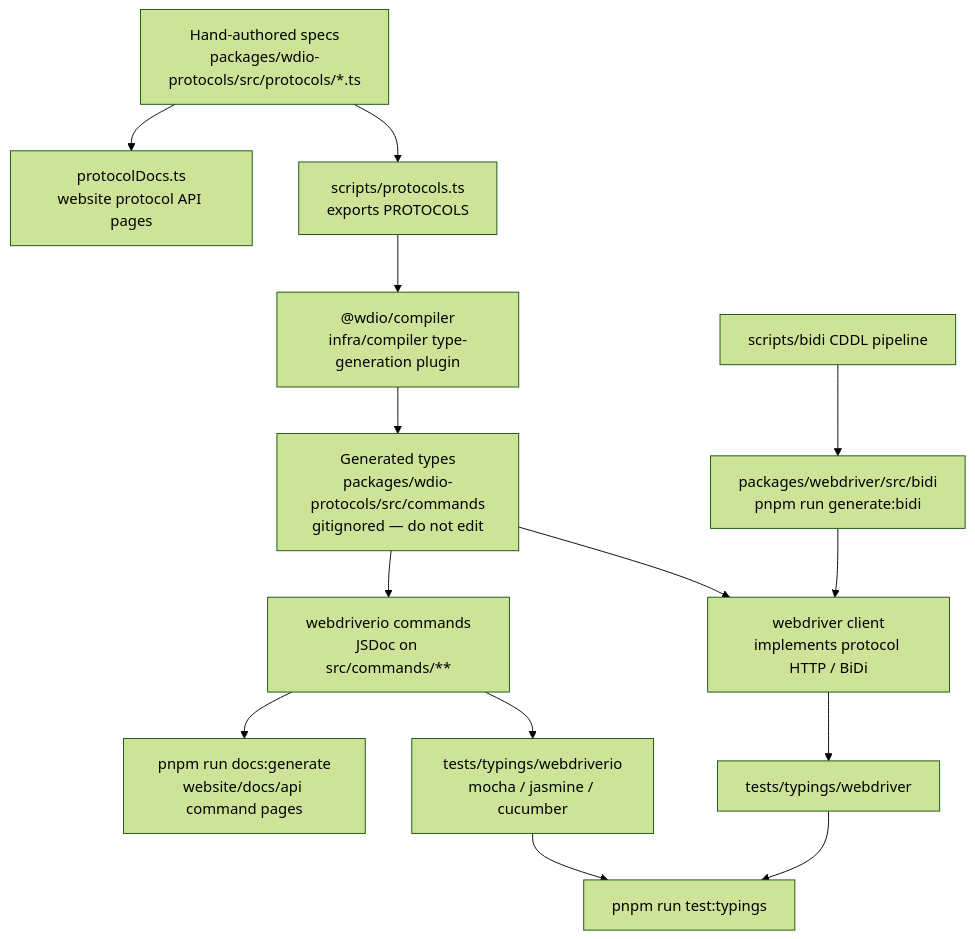
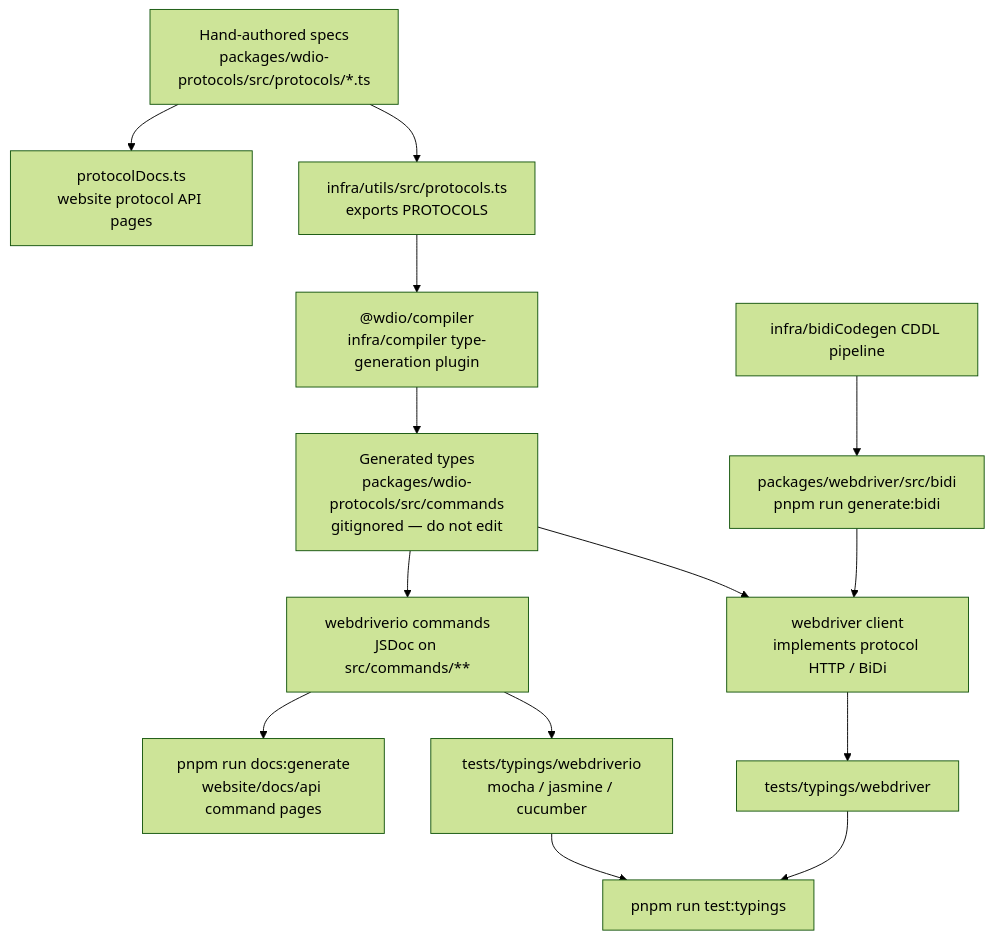
One commit to webdriverio/webdriverio changed the diagram in website/docs/flowcharts/TypeGeneration.md. Above: the diagram before and after it, drawn with Mermaid (forest theme). The commit also changed other lines of this file and 140 other files, not shown here.

First line of the commit message:
refactor: extract /scripts into internal infra packages (#15743)

````diff
--- a/website/docs/flowcharts/TypeGeneration.md
+++ b/website/docs/flowcharts/TypeGeneration.md
@@ -10,16 +10,16 @@
 ```mermaid
 graph TD
-    SPEC["Hand-authored specs<br>packages/wdio-protocols/src/protocols/*.ts"] --> AGG["scripts/protocols.ts<br>exports PROTOCOLS"]
+    SPEC["Hand-authored specs<br>packages/wdio-protocols/src/protocols/*.ts"] --> AGG["infra/utils/src/protocols.ts<br>exports PROTOCOLS"]
     AGG --> COMP["@wdio/compiler<br>infra/compiler type-generation plugin"]
     COMP --> GEN["Generated types<br>packages/wdio-protocols/src/commands<br>gitignored — do not edit"]
     GEN --> WD["webdriver client<br>implements protocol HTTP / BiDi"]
     GEN --> WDIO["webdriverio commands<br>JSDoc on src/commands/**"]
     WD --> TYPWD["tests/typings/webdriver"]
     WDIO --> TYPWDIO["tests/typings/webdriverio<br>mocha / jasmine / cucumber"]
     TYPWD --> TSC["pnpm run test:typings"]
     TYPWDIO --> TSC
     WDIO --> DOCS["pnpm run docs:generate<br>website/docs/api command pages"]
     SPEC --> PROTODOCS["protocolDocs.ts<br>website protocol API pages"]
-    CDDL["scripts/bidi CDDL pipeline"] --> BIDI["packages/webdriver/src/bidi<br>pnpm run generate:bidi"]
+    CDDL["infra/bidiCodegen CDDL pipeline"] --> BIDI["packages/webdriver/src/bidi<br>pnpm run generate:bidi"]
     BIDI --> WD
 ```
````
